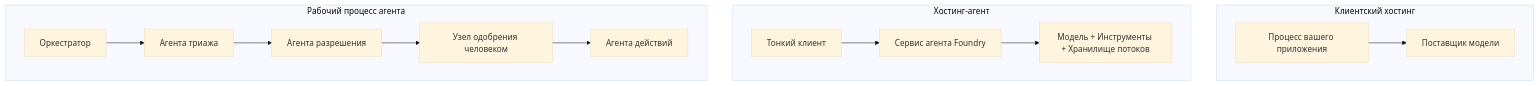
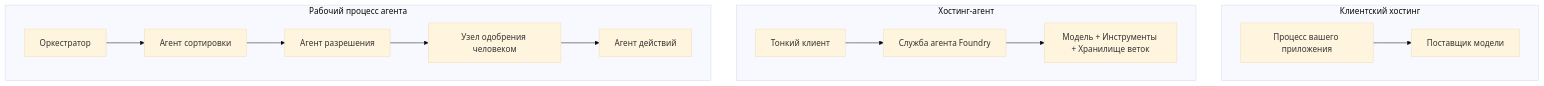
Before and after one commit to gabrielmoreira/agent-skills-mirror: the first of 4 diagrams in mirrors/repos/microsoft@ai-agents-for-beginners/translations/ru/16-deploying-scalable-agents/README.md, drawn with Mermaid (base theme). The commit also changed other lines of this file and 4262 other files, not shown here.

````diff
--- a/mirrors/repos/microsoft@ai-agents-for-beginners/translations/ru/16-deploying-scalable-agents/README.md
+++ b/mirrors/repos/microsoft@ai-agents-for-beginners/translations/ru/16-deploying-scalable-agents/README.md
@@ -87,16 +87,16 @@
 ```mermaid
 flowchart TB
     subgraph P1[Клиентский хостинг]
         A1[Процесс вашего приложения] --> M1[Поставщик модели]
     end
     subgraph P2[Хостинг-агент]
-        A2[Тонкий клиент] --> F2[Сервис агента Foundry]
-        F2 --> M2[Модель + Инструменты + Хранилище потоков]
+        A2[Тонкий клиент] --> F2[Служба агента Foundry]
+        F2 --> M2[Модель + Инструменты + Хранилище веток]
     end
     subgraph P3[Рабочий процесс агента]
-        A3[Оркестратор] --> S1[Агента триажа]
-        S1 --> S2[Агента разрешения]
+        A3[Оркестратор] --> S1[Агент сортировки]
+        S1 --> S2[Агент разрешения]
         S2 --> H[Узел одобрения человеком]
-        H --> S3[Агента действий]
+        H --> S3[Агент действий]
     end
 ```
````
